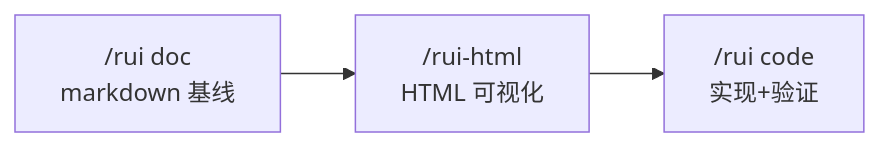
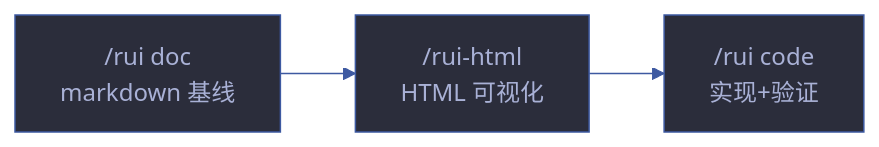
Before and after one commit to effiy/YrY: the seventh of 7 diagrams in skills/rui-html/SKILL.md, drawn with Mermaid. The commit also changed other lines of this file and 1028 other files, not shown here.

````diff
--- a/skills/rui-html/SKILL.md
+++ b/skills/rui-html/SKILL.md
@@ -260,5 +379,15 @@
 ```mermaid
+%%{init: {'theme': 'base', 'themeVariables': {
+  'primaryColor': '#1e1f2b',
+  'primaryTextColor': '#a9b1d6',
+  'primaryBorderColor': '#3d59a1',
+  'lineColor': '#3d59a1',
+  'secondaryColor': '#2b2d3b',
+  'tertiaryColor': '#21232f'
+}}}%%
 flowchart LR
-    DOC["/rui doc<br/>markdown 基线"]:::phase --> DOCS["/rui-html<br/>HTML 可视化"]:::phase
-    DOCS --> CODE["/rui code<br/>实现+验证"]:::phase
+    DOC["/rui doc<br/>markdown 基线"]:::phase --> HTML["/rui-html<br/>HTML 可视化"]:::phase
+    HTML --> CODE["/rui code<br/>实现+验证"]:::phase
+
+    classDef phase fill:#2b2d3b,stroke:#3d59a1,color:#a9b1d6
 ```
````
